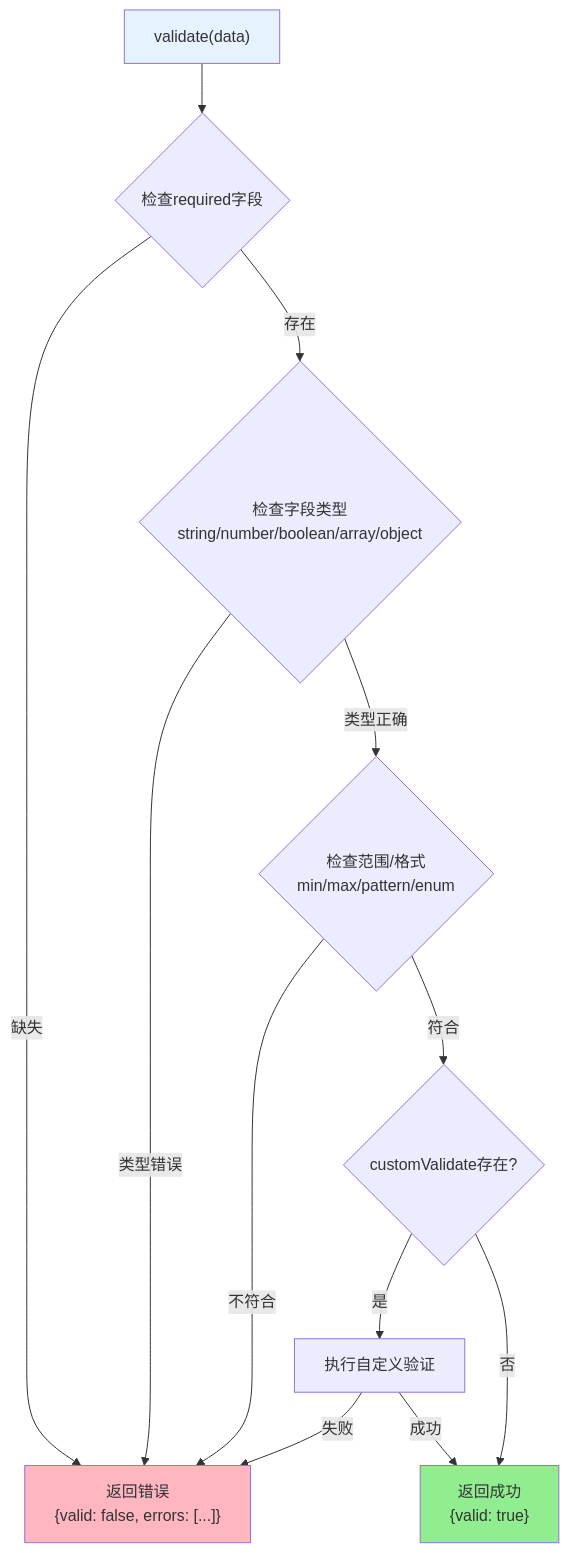
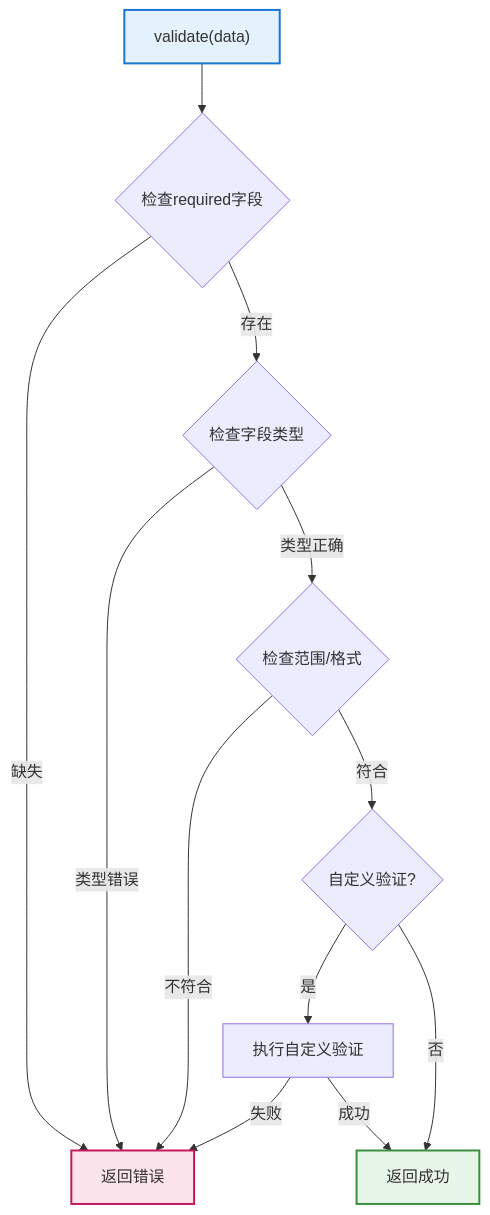
One commit to sunflowermm/XRK-AGT changed the third of 3 diagrams in docs/config-base.md. Above: the diagram before and after it, drawn with Mermaid. The commit also changed other lines of this file and 19 other files, not shown here.

````diff
--- a/docs/config-base.md
+++ b/docs/config-base.md
@@ -186,18 +192,18 @@
 ```mermaid
 flowchart TB
     A["validate(data)"] --> B{"检查required字段"}
-    B -->|缺失| C["返回错误<br/>{valid: false, errors: [...]}"]
-    B -->|存在| D{"检查字段类型<br/>string/number/boolean/array/object"}
+    B -->|缺失| C["返回错误"]
+    B -->|存在| D{"检查字段类型"}
     D -->|类型错误| C
-    D -->|类型正确| E{"检查范围/格式<br/>min/max/pattern/enum"}
+    D -->|类型正确| E{"检查范围/格式"}
     E -->|不符合| C
-    E -->|符合| F{"customValidate存在?"}
+    E -->|符合| F{"自定义验证?"}
     F -->|是| G["执行自定义验证"]
-    F -->|否| H["返回成功<br/>{valid: true}"]
+    F -->|否| H["返回成功"]
     G -->|失败| C
     G -->|成功| H
     
-    style A fill:#E6F3FF
-    style H fill:#90EE90
-    style C fill:#FFB6C1
+    style A fill:#E3F2FD,stroke:#1976D2,stroke-width:2px
+    style H fill:#E8F5E9,stroke:#388E3C,stroke-width:2px
+    style C fill:#FCE4EC,stroke:#C2185B,stroke-width:2px
 ```
````
